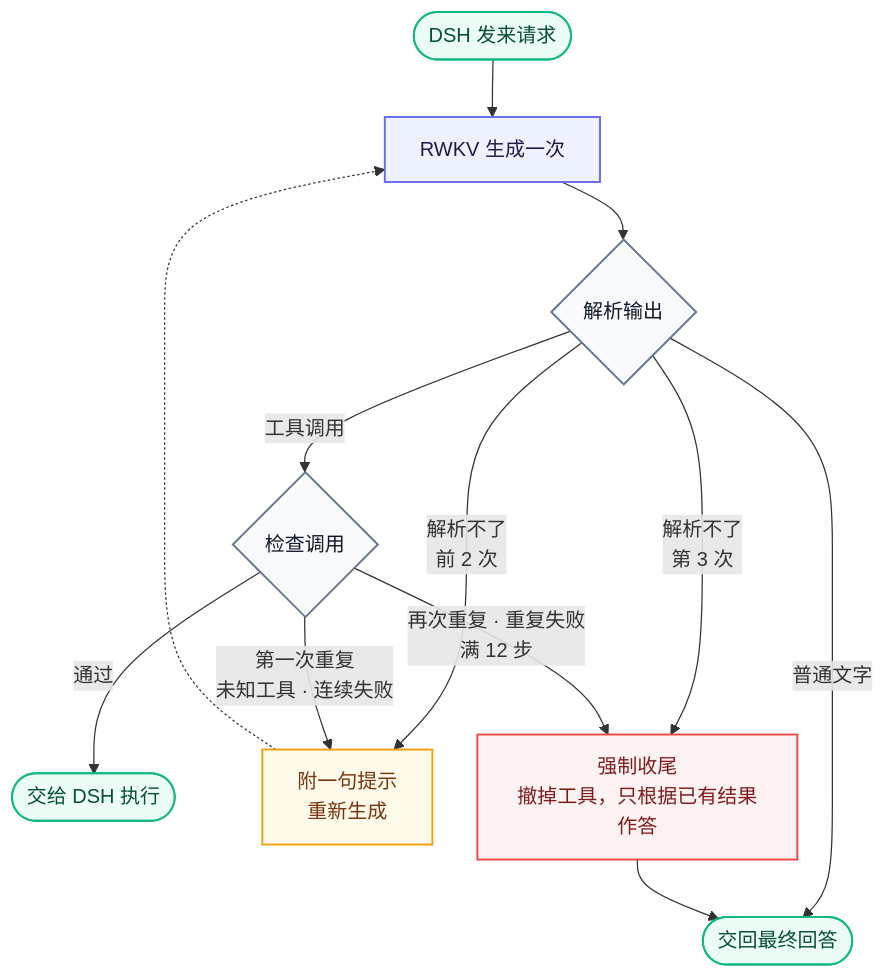
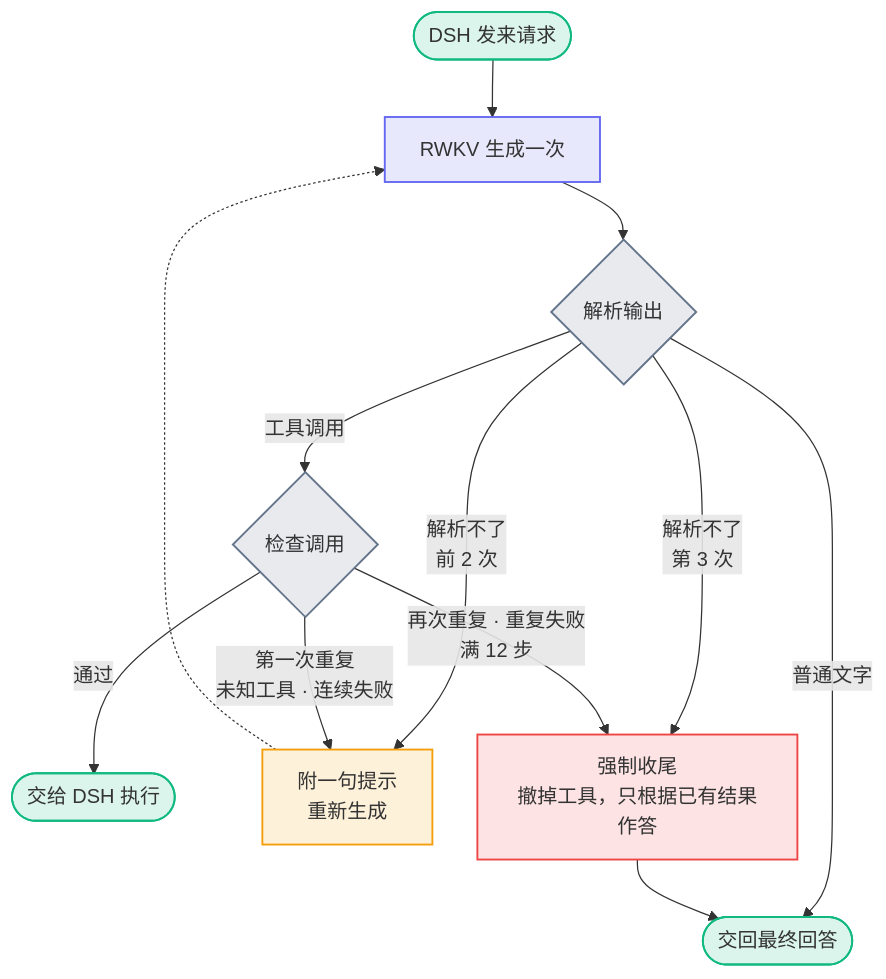
Before and after one commit to No-22-Github/dsh-rwkv-plugin: the second of 2 diagrams in README.md, drawn with Mermaid.

Commit message:
README: translucent node fills so the flow diagram follows light and dark themes

````diff
--- a/README.md
+++ b/README.md
@@ -38,21 +38,21 @@
 ```mermaid
 %%{init: {"flowchart":{"curve":"basis","nodeSpacing":36,"rankSpacing":46,"padding":14}}}%%
 flowchart TD
     S(["DSH 发来请求"]):::io --> G["RWKV 生成一次"]:::model
     G --> PA{"解析输出"}:::check
     PA -- "普通文字" --> FIN(["交回最终回答"]):::io
     PA -- "工具调用" --> GT{"检查调用"}:::check
     GT -- "通过" --> RUN(["交给 DSH 执行"]):::io
     PA -- "解析不了<br/>前 2 次" --> RE["附一句提示<br/>重新生成"]:::retry
     GT -- "第一次重复<br/>未知工具 · 连续失败" --> RE
     RE -.-> G
     PA -- "解析不了<br/>第 3 次" --> CL["强制收尾<br/>撤掉工具，只根据已有结果作答"]:::stop
     GT -- "再次重复 · 重复失败<br/>满 12 步" --> CL
     CL --> FIN
 
-    classDef io fill:#ecfdf5,stroke:#10b981,stroke-width:1.5px,color:#064e3b
-    classDef model fill:#eef2ff,stroke:#6366f1,stroke-width:1.5px,color:#1e1b4b
-    classDef check fill:#f8fafc,stroke:#64748b,stroke-width:1.5px,color:#0f172a
-    classDef retry fill:#fffbeb,stroke:#f59e0b,stroke-width:1.5px,color:#78350f
-    classDef stop fill:#fef2f2,stroke:#ef4444,stroke-width:1.5px,color:#7f1d1d
+    classDef io fill:#10b98126,stroke:#10b981,stroke-width:1.5px
+    classDef model fill:#6366f126,stroke:#6366f1,stroke-width:1.5px
+    classDef check fill:#64748b26,stroke:#64748b,stroke-width:1.5px
+    classDef retry fill:#f59e0b26,stroke:#f59e0b,stroke-width:1.5px
+    classDef stop fill:#ef444426,stroke:#ef4444,stroke-width:1.5px
 ```
````
